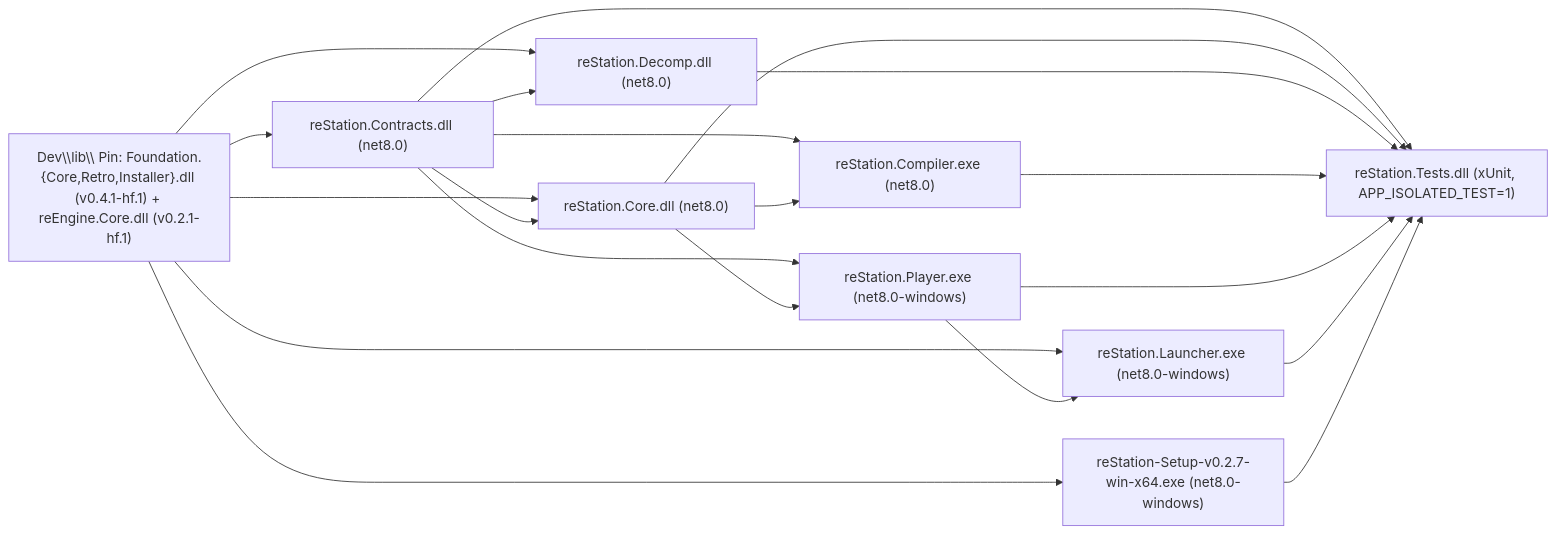
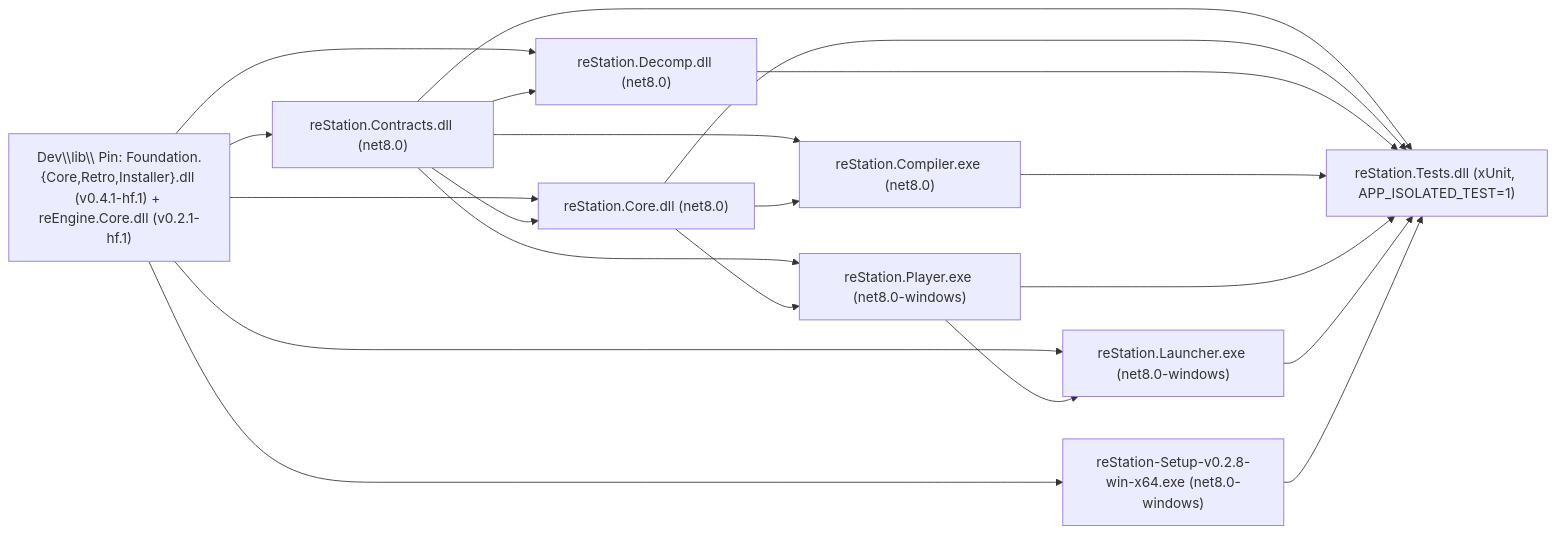
The second of 2 diagrams in Dev/docs/ARCHITECTURE.md (StreamItAllGit/reSlate), drawn with Mermaid before and after one commit. The commit also changed other lines of this file and 46 other files, not shown here.

````diff
--- a/Dev/docs/ARCHITECTURE.md
+++ b/Dev/docs/ARCHITECTURE.md
@@ -51,32 +51,32 @@
 ```mermaid
 flowchart LR
     EXT["Dev\\lib\\ Pin: Foundation.{Core,Retro,Installer}.dll (v0.4.1-hf.1) + reEngine.Core.dll (v0.2.1-hf.1)"]
     CON["reStation.Contracts.dll (net8.0)"]
     CORE["reStation.Core.dll (net8.0)"]
     DEC["reStation.Decomp.dll (net8.0)"]
     CMP["reStation.Compiler.exe (net8.0)"]
     PLY["reStation.Player.exe (net8.0-windows)"]
     LNC["reStation.Launcher.exe (net8.0-windows)"]
-    INS["reStation-Setup-v0.2.7-win-x64.exe (net8.0-windows)"]
+    INS["reStation-Setup-v0.2.8-win-x64.exe (net8.0-windows)"]
     TST["reStation.Tests.dll (xUnit, APP_ISOLATED_TEST=1)"]
 
     EXT --> CON
     EXT --> CORE
     EXT --> DEC
     EXT --> INS
     EXT --> LNC
     CON --> CORE
     CON --> DEC
     CON --> CMP
     CON --> PLY
     CORE --> CMP
     CORE --> PLY
     PLY --> LNC
     CON --> TST
     CORE --> TST
     DEC --> TST
     CMP --> TST
     PLY --> TST
     LNC --> TST
     INS --> TST
 ```
````
